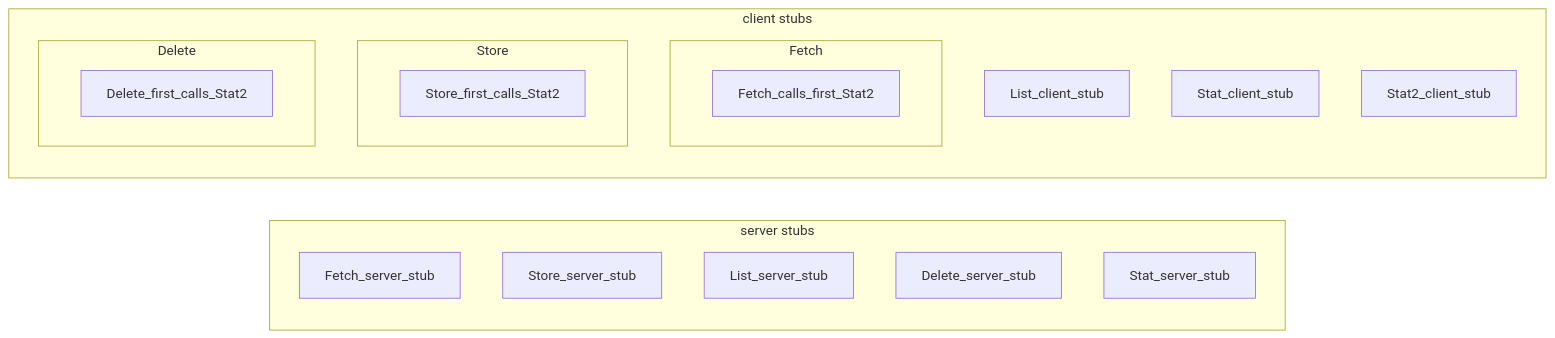
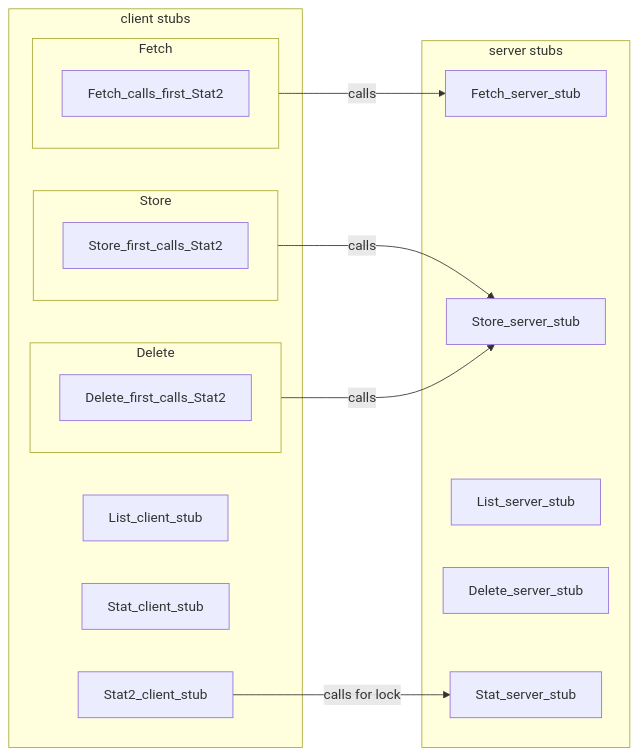
Before and after one commit to charleshwankong/Kaggle-and-Machine-Learning: the first of 5 diagrams in README.md, drawn with Mermaid.

````diff
--- a/README.md
+++ b/README.md
@@ -36,33 +36,39 @@
 ```mermaid
 flowchart LR
 
 
 subgraph server stubs
 Fetch_server_stub:::__server
 Store_server_stub:::__server
 List_server_stub:::__server
 Delete_server_stub:::__server
 Stat_server_stub:::__server
 end
 
 subgraph client stubs
    subgraph c1[Fetch]
       Fetch_calls_first_Stat2
    end
    subgraph c2[Store]
       Store_first_calls_Stat2
    end
    subgraph c3[Delete]
       Delete_first_calls_Stat2
    end
    %%Fetch_client_stub:::__client
    %%Store_client_stub:::__client
    List_client_stub:::__client
    %%Delete_client_stub:::__client
    Stat_client_stub:::__client
    Stat2_client_stub:::__client
 end
 
 %%Store_client_stub -- first calls --> Stat2_client_stub
-
+%%Store_client_stub -- first calls --> Stat2_client_stub
+%%Fetch_client_stub -- first calls --> Stat2_client_stub
+%%Delete_client_stub -- first calls --> Stat2_client_stub
+Stat2_client_stub -- calls for lock --> Stat_server_stub
+c2 -- calls --> Store_server_stub
+c1 -- calls --> Fetch_server_stub
+c3 -- calls --> Store_server_stub
 ```
````
